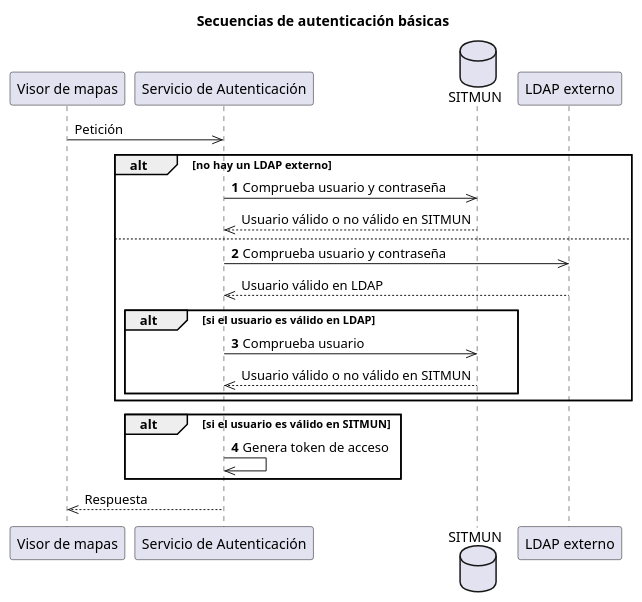
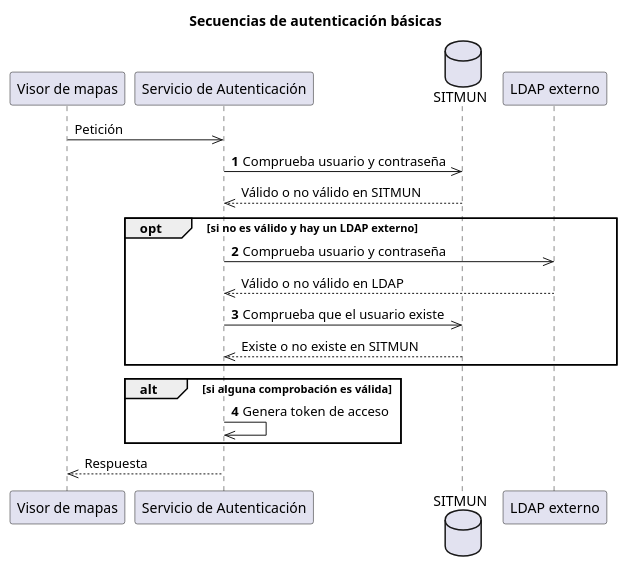
The first of 2 diagrams in docs/que-es-sitmun/plataforma/arquitectura/diseno.md (sitmun/sitmun.github.io), drawn with PlantUML before and after one commit. The commit also changed other lines of this file and 13 other files, not shown here.

````diff
--- a/docs/que-es-sitmun/plataforma/arquitectura/diseno.md
+++ b/docs/que-es-sitmun/plataforma/arquitectura/diseno.md
@@ -21,42 +27,36 @@
-```plantuml alt="Diagrama de secuencia: el visor envía usuario y contraseña al Servicio de Autenticación, que los comprueba en la base de datos de SITMUN o, si está configurado, en un LDAP externo y después en SITMUN, y devuelve un token de acceso si el usuario es válido."
+```plantuml alt="Diagrama de secuencia: el visor envía usuario y contraseña al Servicio de Autenticación, que los comprueba en la base de datos de SITMUN y, si falla y hay un LDAP configurado, en el LDAP externo, comprobando que el usuario existe en SITMUN; si alguna comprobación es correcta devuelve un token de acceso."
 @startuml
 title
     Secuencias de autenticación básicas
 end title
 participant "Visor de mapas" as Client
 participant "Servicio de Autenticación" as Auth
 database "SITMUN" as DB
 participant "LDAP externo" as LDAP
 
 Client->>Auth: Petición
 
-alt no hay un LDAP externo
+autonumber
+Auth->>DB: Comprueba usuario y contraseña
+autonumber stop
+DB-->>Auth: Válido o no válido en SITMUN
 
-    autonumber
-    Auth->>DB: Comprueba usuario y contraseña
-    autonumber stop
-    DB-->>Auth: Usuario válido o no válido en SITMUN
-
-else
-
+opt si no es válido y hay un LDAP externo
     autonumber resume
     Auth->>LDAP: Comprueba usuario y contraseña
     autonumber stop
-    LDAP-->>Auth: Usuario válido en LDAP
+    LDAP-->>Auth: Válido o no válido en LDAP
+    autonumber resume
+    Auth->>DB: Comprueba que el usuario existe
+    autonumber stop
+    DB-->>Auth: Existe o no existe en SITMUN
+end
 
-    alt si el usuario es válido en LDAP
-        autonumber resume
-        Auth->>DB: Comprueba usuario
-        autonumber stop
-        DB-->>Auth: Usuario válido o no válido en SITMUN
-    end
-
-end
-alt si el usuario es válido en SITMUN
+alt si alguna comprobación es válida
     autonumber resume
     Auth->>Auth: Genera token de acceso
     autonumber stop
 end
 Auth-->>Client: Respuesta
 @enduml
 ```
````
